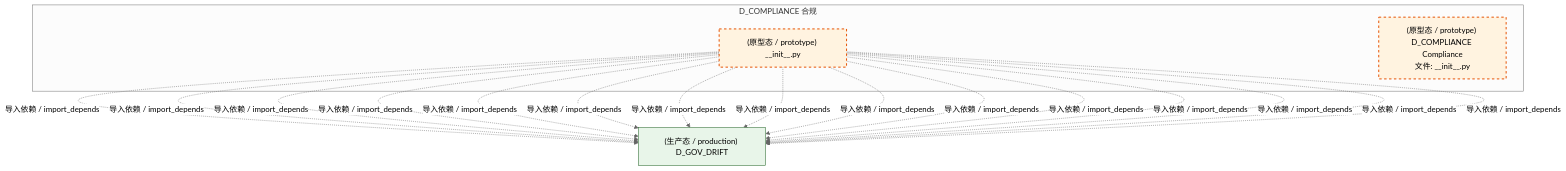
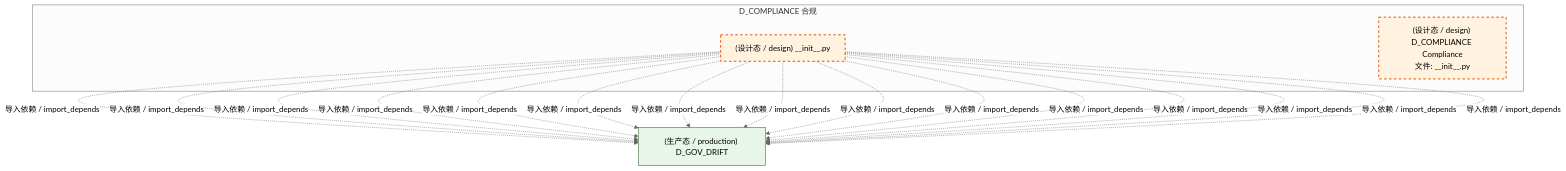
One commit to xuanFelixVan/ZephyrAlpha changed the first of 3 diagrams in docs/02_enterprise_architecture/02_domain_architecture_docs/60_d_compliance.md. Above: the diagram before and after it, drawn with Mermaid (neutral theme). The commit also changed other lines of this file and 177 other files, not shown here.

````diff
--- a/docs/02_enterprise_architecture/02_domain_architecture_docs/60_d_compliance.md
+++ b/docs/02_enterprise_architecture/02_domain_architecture_docs/60_d_compliance.md
@@ -69,29 +68,29 @@
 ```mermaid
 graph TD
     subgraph D_COMPLIANCE["D_COMPLIANCE 合规"]
-        src_zephyr_compliance_behavioral_auditor_init_py["(原型态 / prototype) __init__.py"]
-        src_zephyr_compliance_zero_knowledge_audit_stub_init_py["(原型态 / prototype) D_COMPLIANCE Compliance<br/>文件: __init__.py"]
+        src_zephyr_compliance_behavioral_auditor_init_py["(设计态 / design) __init__.py"]
+        src_zephyr_compliance_zero_knowledge_audit_stub_init_py["(设计态 / design) D_COMPLIANCE Compliance<br/>文件: __init__.py"]
     end
     D_GOV_DRIFT["(生产态 / production) D_GOV_DRIFT"]
     src_zephyr_compliance_behavioral_auditor_init_py -.->|导入依赖 / import_depends| D_GOV_DRIFT
     src_zephyr_compliance_behavioral_auditor_init_py -.->|导入依赖 / import_depends| D_GOV_DRIFT
     src_zephyr_compliance_behavioral_auditor_init_py -.->|导入依赖 / import_depends| D_GOV_DRIFT
     src_zephyr_compliance_behavioral_auditor_init_py -.->|导入依赖 / import_depends| D_GOV_DRIFT
     src_zephyr_compliance_behavioral_auditor_init_py -.->|导入依赖 / import_depends| D_GOV_DRIFT
     src_zephyr_compliance_behavioral_auditor_init_py -.->|导入依赖 / import_depends| D_GOV_DRIFT
     src_zephyr_compliance_behavioral_auditor_init_py -.->|导入依赖 / import_depends| D_GOV_DRIFT
     src_zephyr_compliance_behavioral_auditor_init_py -.->|导入依赖 / import_depends| D_GOV_DRIFT
     src_zephyr_compliance_behavioral_auditor_init_py -.->|导入依赖 / import_depends| D_GOV_DRIFT
     src_zephyr_compliance_behavioral_auditor_init_py -.->|导入依赖 / import_depends| D_GOV_DRIFT
     src_zephyr_compliance_behavioral_auditor_init_py -.->|导入依赖 / import_depends| D_GOV_DRIFT
     src_zephyr_compliance_behavioral_auditor_init_py -.->|导入依赖 / import_depends| D_GOV_DRIFT
     src_zephyr_compliance_behavioral_auditor_init_py -.->|导入依赖 / import_depends| D_GOV_DRIFT
     src_zephyr_compliance_behavioral_auditor_init_py -.->|导入依赖 / import_depends| D_GOV_DRIFT
     src_zephyr_compliance_behavioral_auditor_init_py -.->|导入依赖 / import_depends| D_GOV_DRIFT
     classDef production fill:#e1f5fe,stroke:#01579b,stroke-width:2px,color:#000
     classDef design fill:#fff3e0,stroke:#e65100,stroke-width:2px,color:#000,stroke-dasharray: 5 5
     classDef external_prod fill:#e8f5e9,stroke:#1b5e20,stroke-width:1px,color:#000
     classDef external_design fill:#fce4ec,stroke:#880e4f,stroke-width:1px,color:#000,stroke-dasharray: 5 5
     class src_zephyr_compliance_behavioral_auditor_init_py,src_zephyr_compliance_zero_knowledge_audit_stub_init_py design
     class D_GOV_DRIFT external_prod
 ```
````
